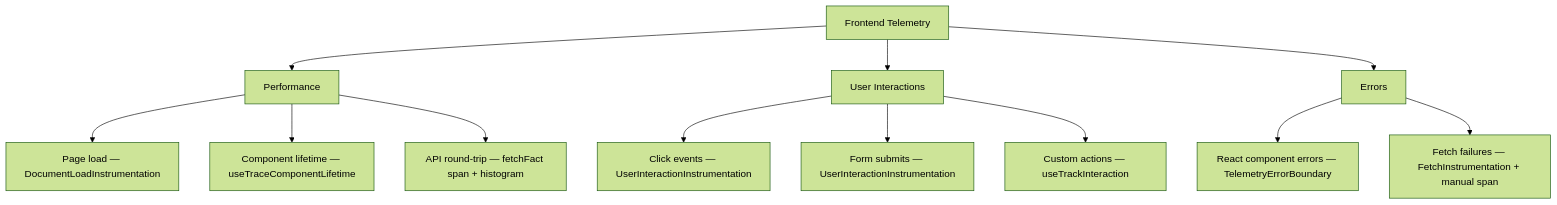
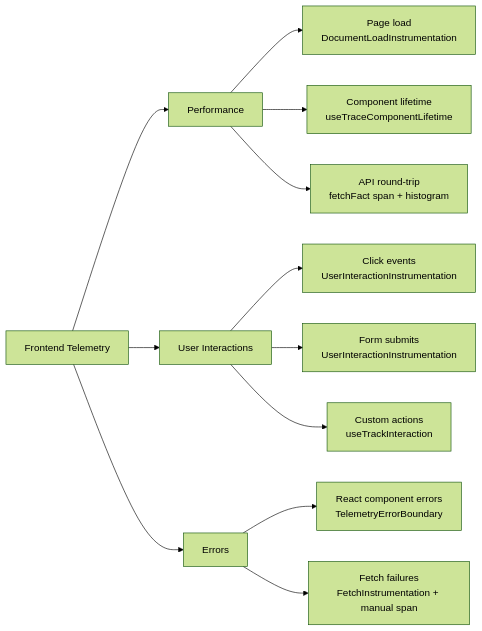
One commit to radra23/scryops-site changed the diagram in content/howtos/instrument-frontend-rum-with-opentelemetry.md. Above: the diagram before and after it, drawn with Mermaid (forest theme). The commit also changed 23 other files, not shown here.

First line of the commit message:
content: redraw the nine widest Mermaid diagrams to fit the card

```diff
--- a/content/howtos/instrument-frontend-rum-with-opentelemetry.md
+++ b/content/howtos/instrument-frontend-rum-with-opentelemetry.md
@@ -320,17 +320,17 @@
 {{< mermaid caption="Fig. — This instrumentation splits into three categories: performance, user interactions, and errors, each fed by its own auto or manual span source." >}}
-flowchart TD
+flowchart LR
     A[Frontend Telemetry] --> B[Performance]
     A --> C[User Interactions]
     A --> D[Errors]
 
-    B --> B1[Page load — DocumentLoadInstrumentation]
-    B --> B2[Component lifetime — useTraceComponentLifetime]
-    B --> B3[API round-trip — fetchFact span + histogram]
+    B --> B1["Page load<br/>DocumentLoadInstrumentation"]
+    B --> B2["Component lifetime<br/>useTraceComponentLifetime"]
+    B --> B3["API round-trip<br/>fetchFact span + histogram"]
 
-    C --> C1[Click events — UserInteractionInstrumentation]
-    C --> C2[Form submits — UserInteractionInstrumentation]
-    C --> C3[Custom actions — useTrackInteraction]
+    C --> C1["Click events<br/>UserInteractionInstrumentation"]
+    C --> C2["Form submits<br/>UserInteractionInstrumentation"]
+    C --> C3["Custom actions<br/>useTrackInteraction"]
 
-    D --> D1[React component errors — TelemetryErrorBoundary]
-    D --> D2[Fetch failures — FetchInstrumentation + manual span]
+    D --> D1["React component errors<br/>TelemetryErrorBoundary"]
+    D --> D2["Fetch failures<br/>FetchInstrumentation + manual span"]
 {{< /mermaid >}}
```
